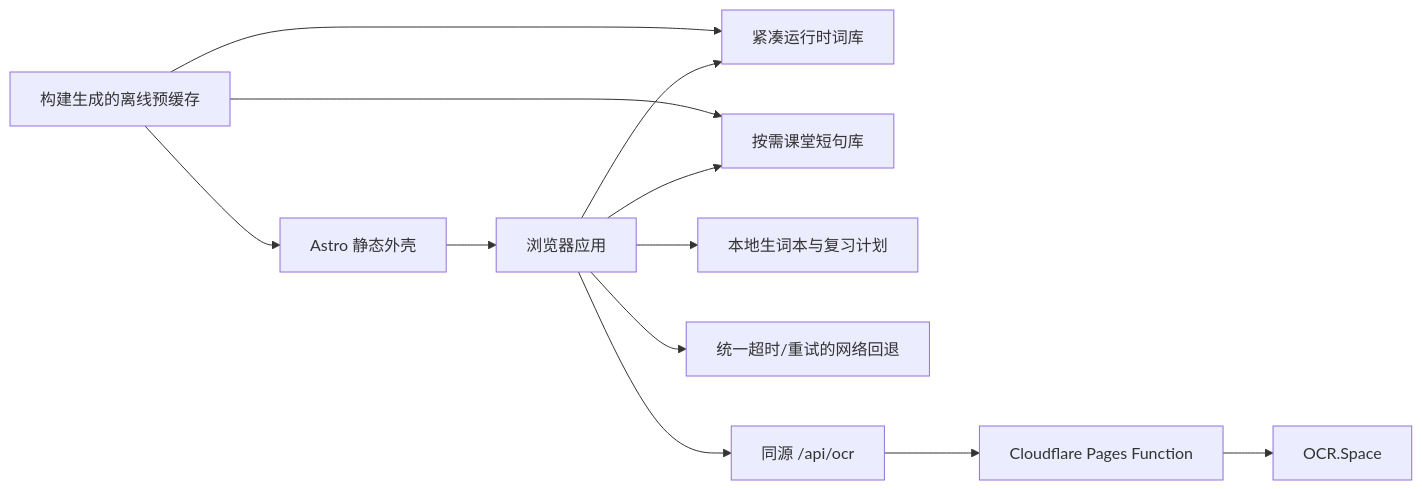
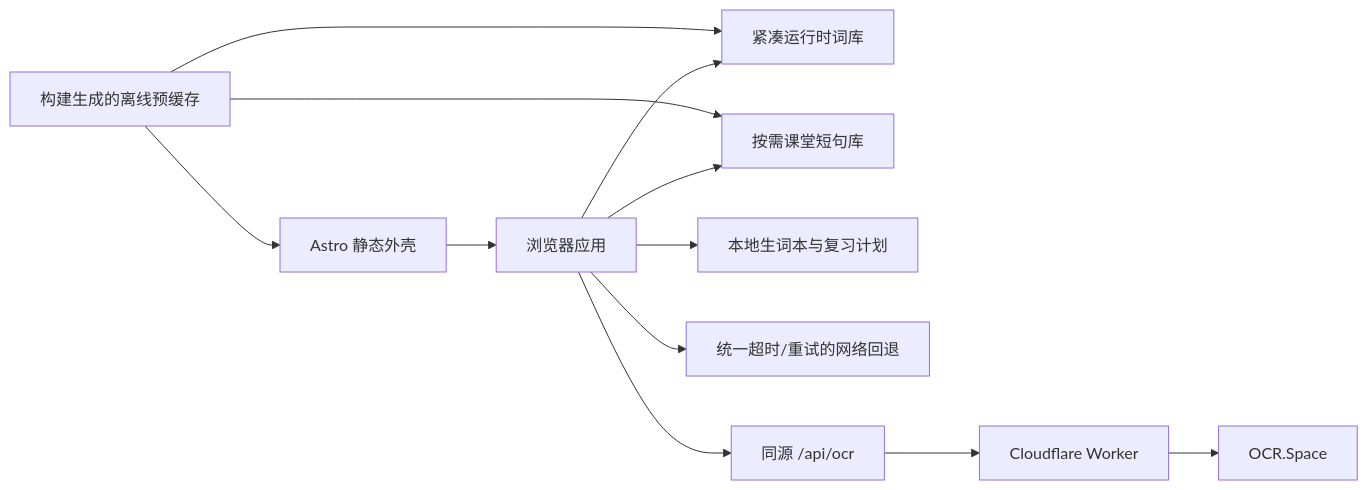
The diagram in docs/optimization-upgrade-roadmap.md (VeteranXYZ/LuciaDictionary), drawn with Mermaid before and after one commit. The commit also changed other lines of this file and 33 other files, not shown here.

Commit message:
Migrate OCR deployment to Cloudflare Worker

````diff
--- a/docs/optimization-upgrade-roadmap.md
+++ b/docs/optimization-upgrade-roadmap.md
@@ -18,14 +18,14 @@
 ```mermaid
 flowchart LR
   A["Astro 静态外壳"] --> B["浏览器应用"]
   B --> C["紧凑运行时词库"]
   B --> D["按需课堂短句库"]
   B --> E["本地生词本与复习计划"]
   B --> F["统一超时/重试的网络回退"]
   B --> G["同源 /api/ocr"]
-  G --> H["Cloudflare Pages Function"]
+  G --> H["Cloudflare Worker"]
   H --> I["OCR.Space"]
   J["构建生成的离线预缓存"] --> A
   J --> C
   J --> D
 ```
````
